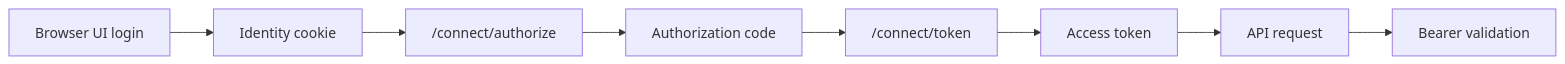
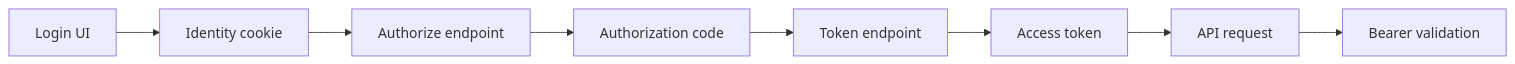
The third of 3 diagrams in GuitarStore/.ai/Auth_Flow.md (Kamil9223/GuitarStore), drawn with Mermaid before and after one commit. The commit also changed other lines of this file and 28 other files, not shown here.

````diff
--- a/GuitarStore/.ai/Auth_Flow.md
+++ b/GuitarStore/.ai/Auth_Flow.md
@@ -150,10 +169,10 @@
 ```mermaid
 flowchart LR
-    A[Browser UI login] --> B[Identity cookie]
-    B --> C["/connect/authorize"]
-    C --> D["Authorization code"]
-    D --> E["/connect/token"]
-    E --> F["Access token"]
-    F --> G["API request"]
-    G --> H["Bearer validation"]
+    A[Login UI] --> B[Identity cookie]
+    B --> C[Authorize endpoint]
+    C --> D[Authorization code]
+    D --> E[Token endpoint]
+    E --> F[Access token]
+    F --> G[API request]
+    G --> H[Bearer validation]
 ```
````
